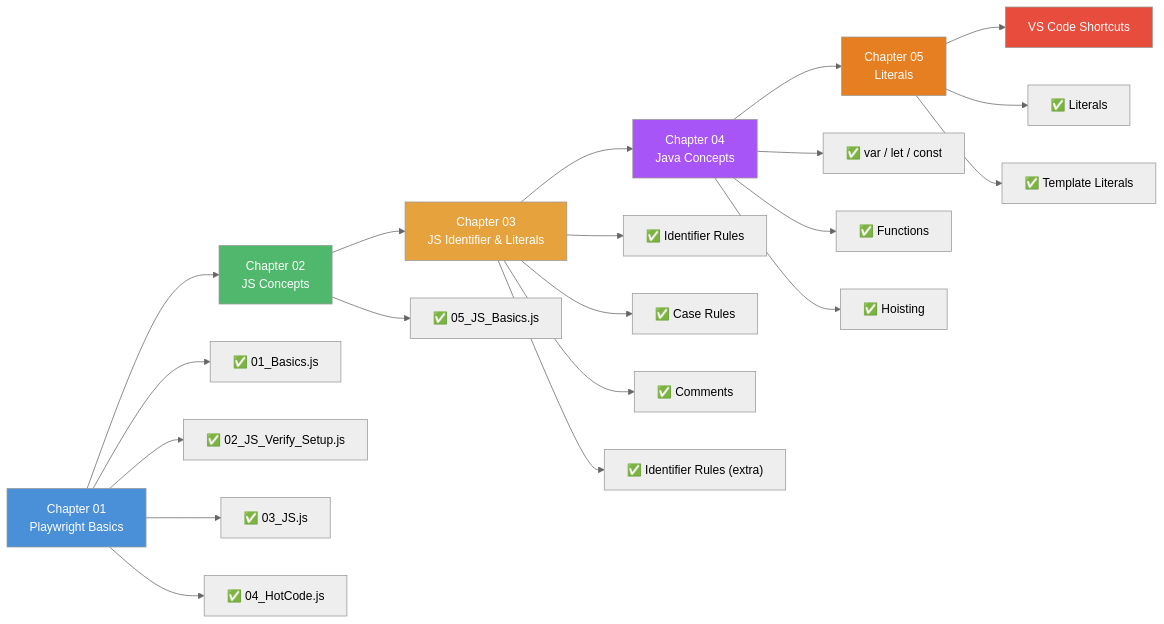
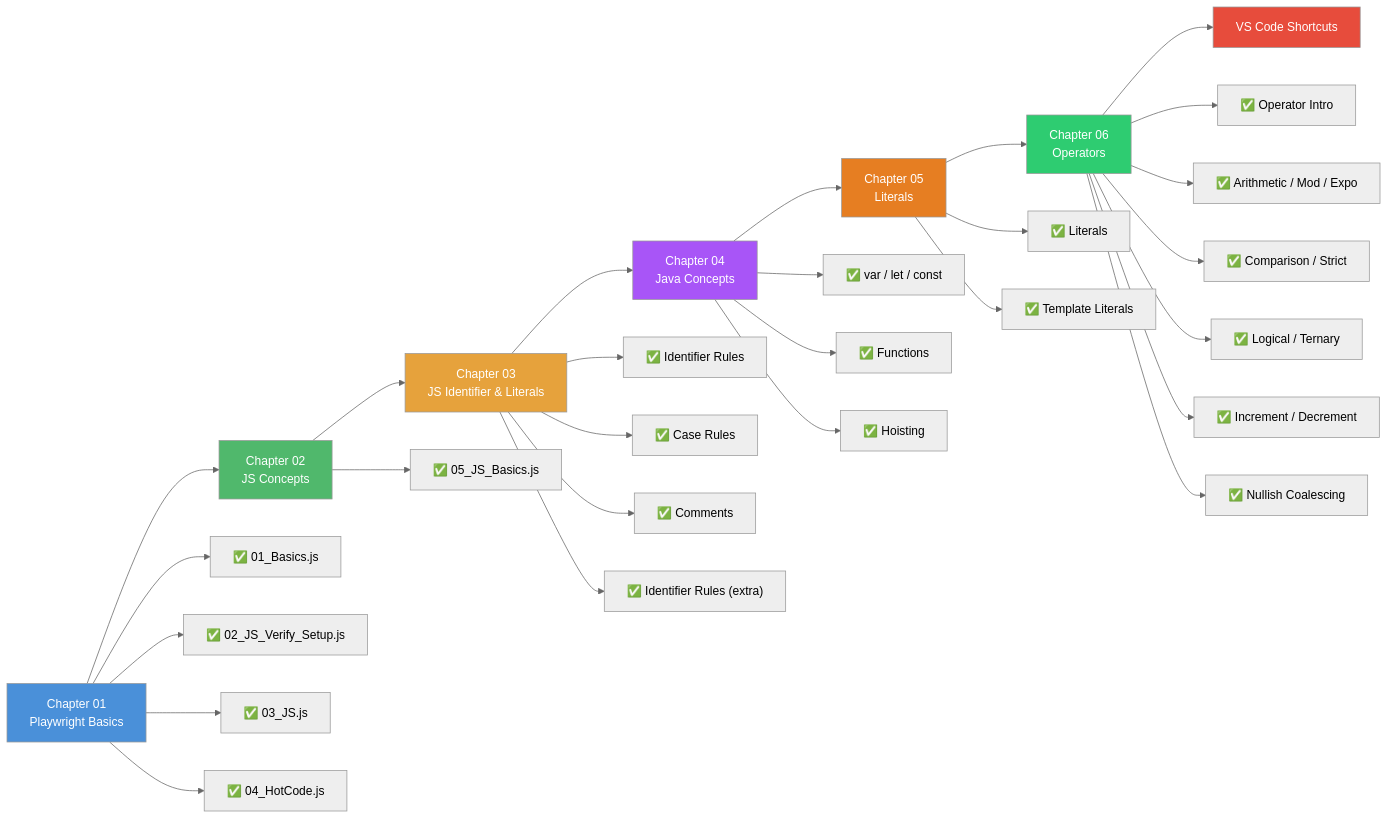
The diagram in README.md (Hemalatha-R17/Playwright), drawn with Mermaid (neutral theme) before and after one commit. The commit also changed other lines of this file, not shown here.

Commit message:
Update README to include Chapter 06 Operators

````diff
--- a/README.md
+++ b/README.md
@@ -13,34 +13,43 @@
 ```mermaid
 flowchart LR
     A[Chapter 01<br/>Playwright Basics] --> B[Chapter 02<br/>JS Concepts]
     B --> C[Chapter 03<br/>JS Identifier & Literals]
     C --> D[Chapter 04<br/>Java Concepts]
     D --> E[Chapter 05<br/>Literals]
-    E --> F[VS Code Shortcuts]
+    E --> F[Chapter 06<br/>Operators]
+    F --> G[VS Code Shortcuts]
 
     A --> A1["✅ 01_Basics.js"]
     A --> A2["✅ 02_JS_Verify_Setup.js"]
     A --> A3["✅ 03_JS.js"]
     A --> A4["✅ 04_HotCode.js"]
 
     B --> B1["✅ 05_JS_Basics.js"]
 
     C --> C1["✅ Identifier Rules"]
     C --> C2["✅ Case Rules"]
     C --> C3["✅ Comments"]
     C --> C4["✅ Identifier Rules (extra)"]
 
     D --> D1["✅ var / let / const"]
     D --> D2["✅ Functions"]
     D --> D3["✅ Hoisting"]
 
     E --> E1["✅ Literals"]
     E --> E2["✅ Template Literals"]
 
+    F --> F1["✅ Operator Intro"]
+    F --> F2["✅ Arithmetic / Mod / Expo"]
+    F --> F3["✅ Comparison / Strict"]
+    F --> F4["✅ Logical / Ternary"]
+    F --> F5["✅ Increment / Decrement"]
+    F --> F6["✅ Nullish Coalescing"]
+
     style A fill:#4a90d9,color:#fff
     style B fill:#50b86c,color:#fff
     style C fill:#e6a23c,color:#fff
     style D fill:#a855f7,color:#fff
     style E fill:#e67e22,color:#fff
-    style F fill:#e74c3c,color:#fff
+    style F fill:#2ecc71,color:#fff
+    style G fill:#e74c3c,color:#fff
 ```
````
